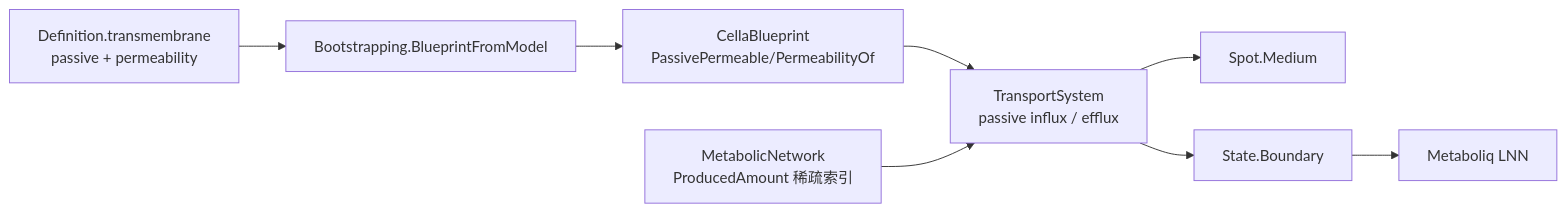
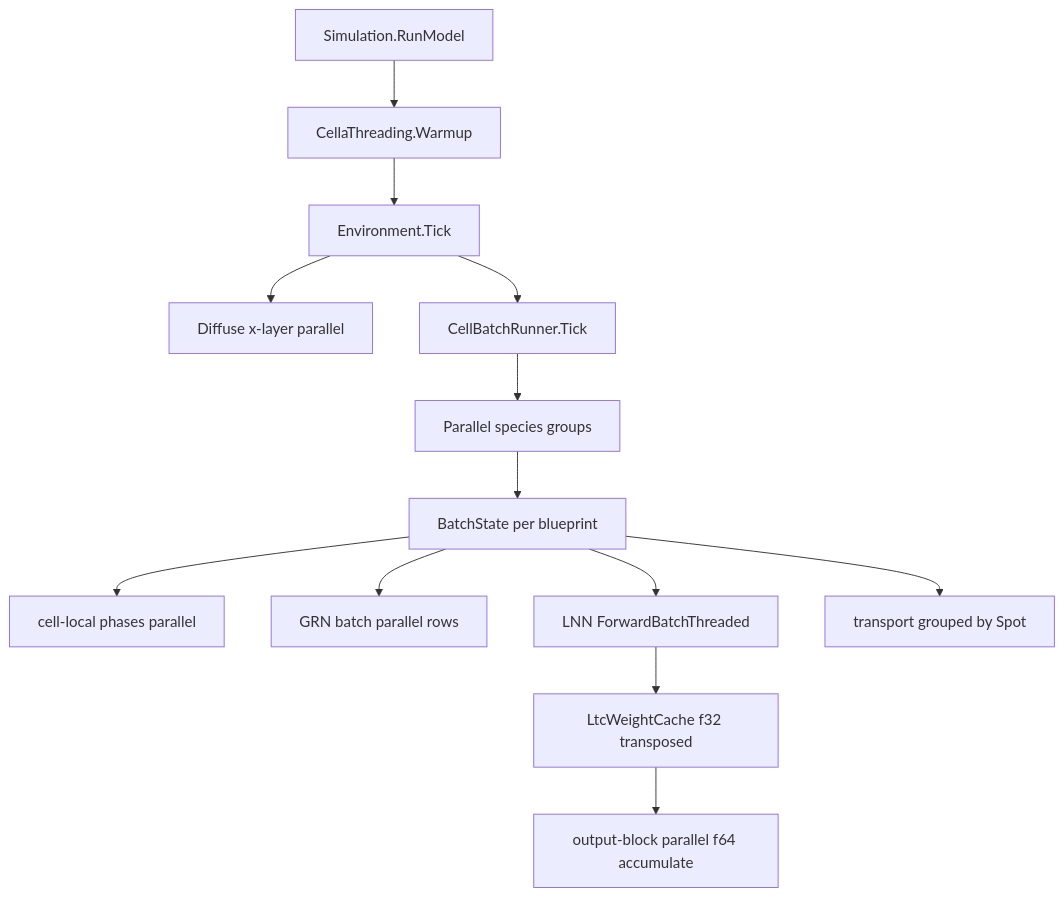
The diagram in src/GCModeller/engine/.codebuddy/plans/跨膜被动扩散_Definition_物质列表接入_TransportSystem_93f4f81a.md (SMRUCC/GCModeller), drawn with Mermaid before and after one commit. The commit also changed other lines of this file and 1 other file, not shown here.

Commit message:
make SIMD+parallel optmization for the virtual cell engine

````diff
--- a/src/GCModeller/engine/.codebuddy/plans/跨膜被动扩散_Definition_物质列表接入_TransportSystem_93f4f81a.md
+++ b/src/GCModeller/engine/.codebuddy/plans/跨膜被动扩散_Definition_物质列表接入_TransportSystem_93f4f81a.md
@@ -118,10 +130,15 @@
 ```mermaid
-graph LR
-  A[Definition.transmembrane<br/>passive + permeability] --> B[Bootstrapping.BlueprintFromModel]
-  B --> C[CellaBlueprint<br/>PassivePermeable/PermeabilityOf]
-  C --> D[TransportSystem<br/>passive influx / efflux]
-  E[MetabolicNetwork<br/>ProducedAmount 稀疏索引] --> D
-  D --> F[Spot.Medium]
-  D --> G[State.Boundary]
-  G --> H[Metaboliq LNN]
+graph TD
+  A[Simulation.RunModel] --> B[CellaThreading.Warmup]
+  B --> C[Environment.Tick]
+  C --> D[Diffuse x-layer parallel]
+  C --> E[CellBatchRunner.Tick]
+  E --> F[Parallel species groups]
+  F --> G[BatchState per blueprint]
+  G --> H[cell-local phases parallel]
+  G --> I[GRN batch parallel rows]
+  G --> J[LNN ForwardBatchThreaded]
+  J --> K[LtcWeightCache f32 transposed]
+  K --> L[output-block parallel f64 accumulate]
+  G --> M[transport grouped by Spot]
 ```
````
